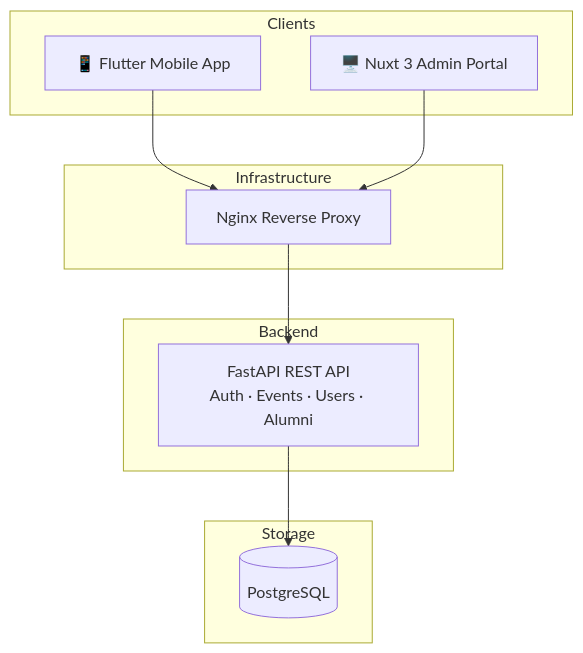
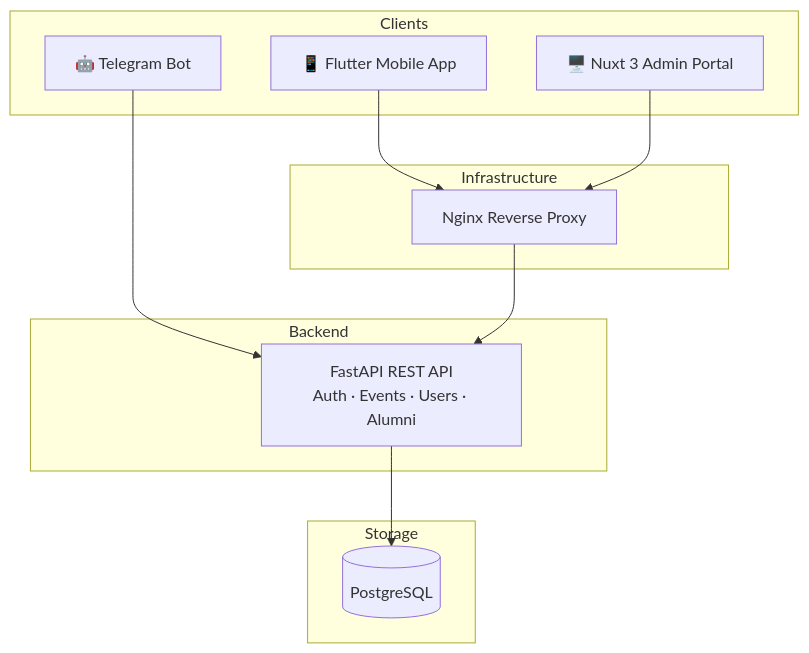
Before and after one commit to iu-alumni/.github: the diagram in profile/README.md, drawn with Mermaid.

Commit message:
Add Telegram Bot to architecture diagram

````diff
--- a/profile/README.md
+++ b/profile/README.md
@@ -22,24 +22,26 @@
 ```mermaid
 graph TD
     subgraph Clients
         MOB[📱 Flutter Mobile App]
         WEB[🖥️ Nuxt 3 Admin Portal]
+        BOT[🤖 Telegram Bot]
     end
 
     subgraph Infrastructure
         LB[Nginx Reverse Proxy]
     end
 
     subgraph Backend
         API[FastAPI REST API\nAuth · Events · Users · Alumni]
     end
 
     subgraph Storage
         DB[(PostgreSQL)]
     end
 
     MOB --> LB
     WEB --> LB
+    BOT --> API
     LB --> API
     API --> DB
 ```
````
